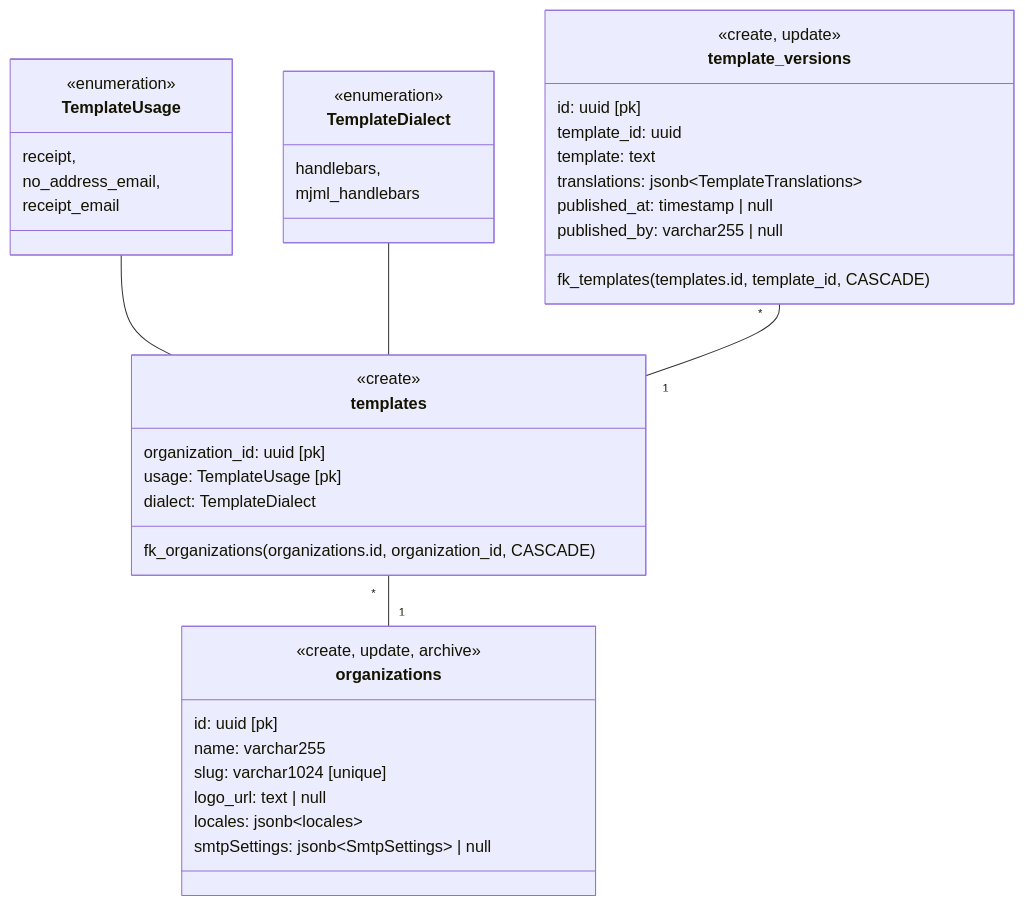
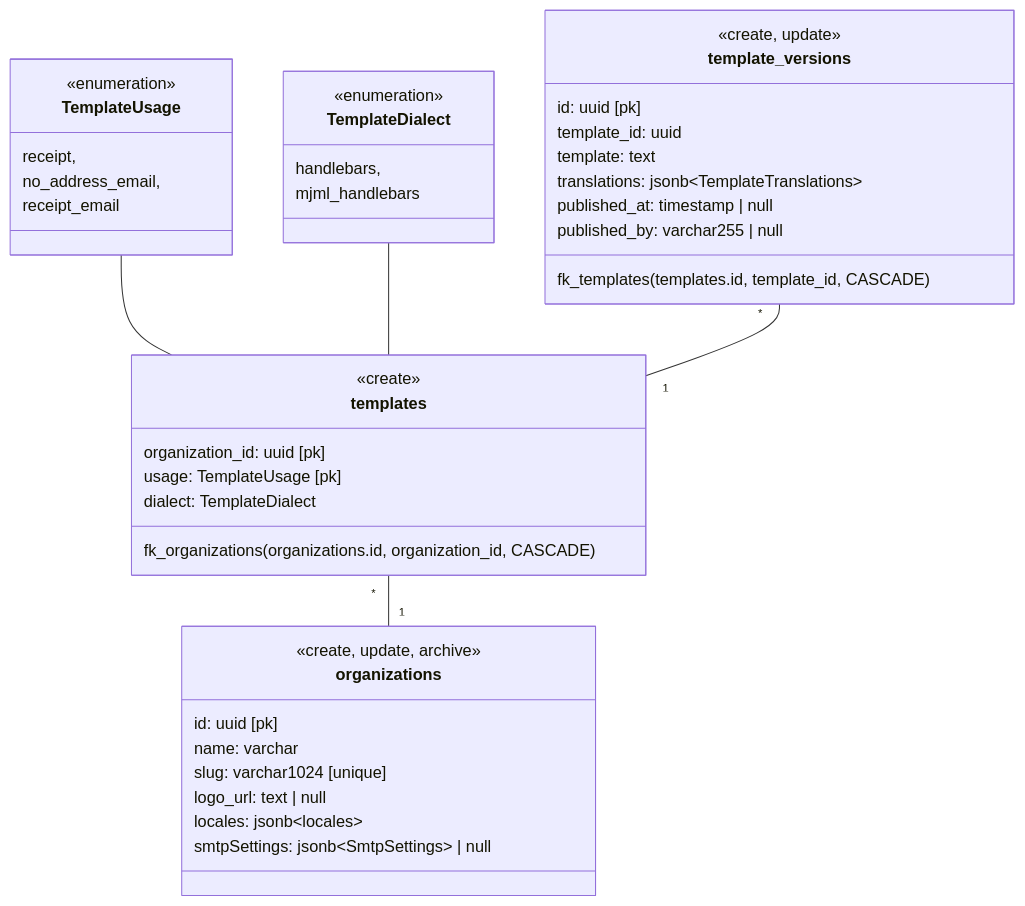
The third of 4 diagrams in docs/db-diagram.md (mtl-benevolent/donation-management), drawn with Mermaid before and after one commit. The commit also changed other lines of this file, not shown here.

````diff
--- a/docs/db-diagram.md
+++ b/docs/db-diagram.md
@@ -34,57 +46,57 @@
 ```mermaid
   classDiagram
 
   class organizations {
     <<create, update, archive>>
     id: uuid [pk]
-    name: varchar255
+    name: varchar
     slug: varchar1024 [unique]
     logo_url: text | null
     locales: jsonb~locales~
 
     smtpSettings: jsonb~SmtpSettings~ | null
   }
 
   class templates {
     <<create>>
     organization_id: uuid [pk]
     usage: TemplateUsage [pk]
     dialect: TemplateDialect
 
     fk_organizations(organizations.id, organization_id, CASCADE)
   }
   templates "*" -- "1" organizations
 
   class TemplateUsage {
     <<enumeration>>
     receipt,
     no_address_email,
     receipt_email
   }
 
   TemplateUsage -- templates
 
   class TemplateDialect {
     <<enumeration>>
     handlebars,
     mjml_handlebars
   }
 
   TemplateDialect -- templates
 
   class template_versions {
     <<create, update>>
     id: uuid [pk]
     template_id: uuid
 
     template: text
     translations: jsonb~TemplateTranslations~
 
     published_at: timestamp | null
     published_by: varchar255 | null
 
     fk_templates(templates.id, template_id, CASCADE)
   }
 
   template_versions "*" -- "1" templates
 ```
````
